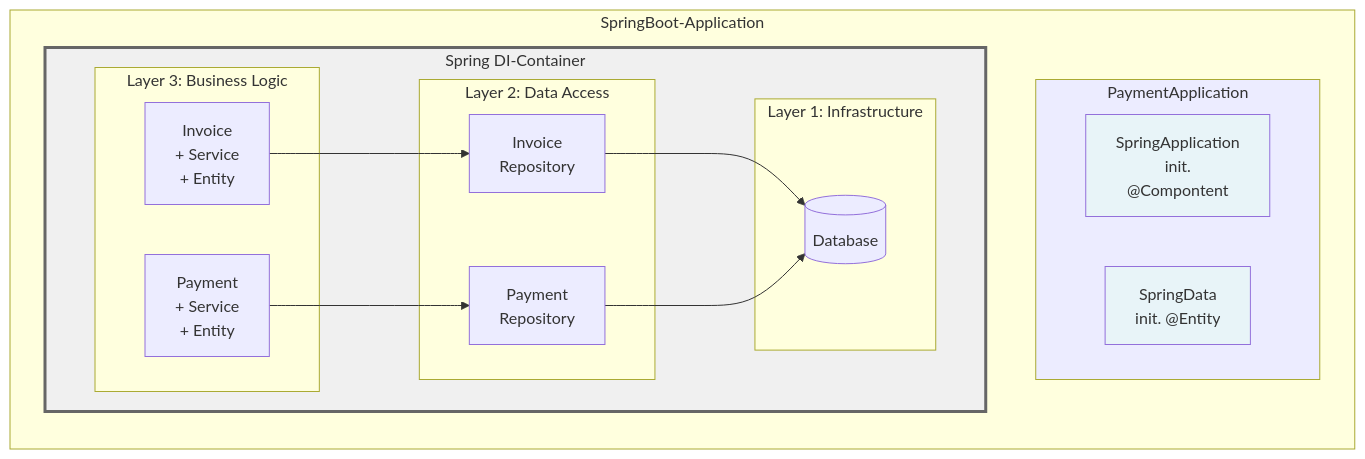
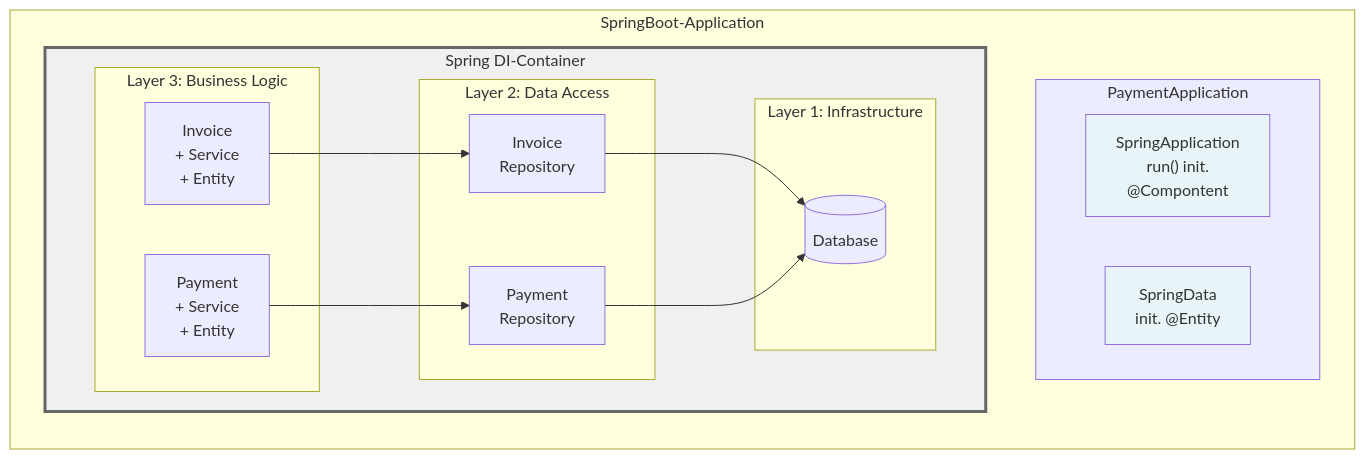
The first of 4 diagrams in blog/_draft/000_notes.md (andreas-wagner-dev/object-oriented-learning-journey), drawn with Mermaid before and after one commit.

````diff
--- a/blog/_draft/000_notes.md
+++ b/blog/_draft/000_notes.md
@@ -17,40 +17,40 @@
 ```mermaid
 graph LR
 
     subgraph LR Spring["SpringBoot-Application"]
 
         subgraph Magic["PaymentApplication"]
-            App["SpringApplication<br>init.<br/>@Compontent"]
+            App["SpringApplication<br>run() init.<br/>@Compontent"]
             ORM["SpringData<br>init. @Entity"]
         end
 
         subgraph Container["Spring DI-Container"]
 
             subgraph L3["Layer 3: Business Logic"]
                 Invoice["Invoice<br/>+ Service<br/>+ Entity"]
                 Payment["Payment<br/>+ Service<br/>+ Entity"]
             end
 
             subgraph L2["Layer 2: Data Access"]
                 InvoiceRepo[Invoice<br/>Repository]
                 PaymentRepo[Payment<br/>Repository]
             end
 
             subgraph L1["Layer 1: Infrastructure"]
                 DB[(Database)]
             end
 
         end
 
     end
 
     Invoice --> InvoiceRepo
     Payment --> PaymentRepo
     InvoiceRepo --> DB
     PaymentRepo --> DB
 
-    style Magic fill:#ececff
+    style Magic fill:#ececff,stroke:#9370db
     style App fill:#e8f4f8
     style ORM fill:#e8f4f8
     style Container fill:#f0f0f0,stroke:#666,stroke-width:3px
 ```
````
